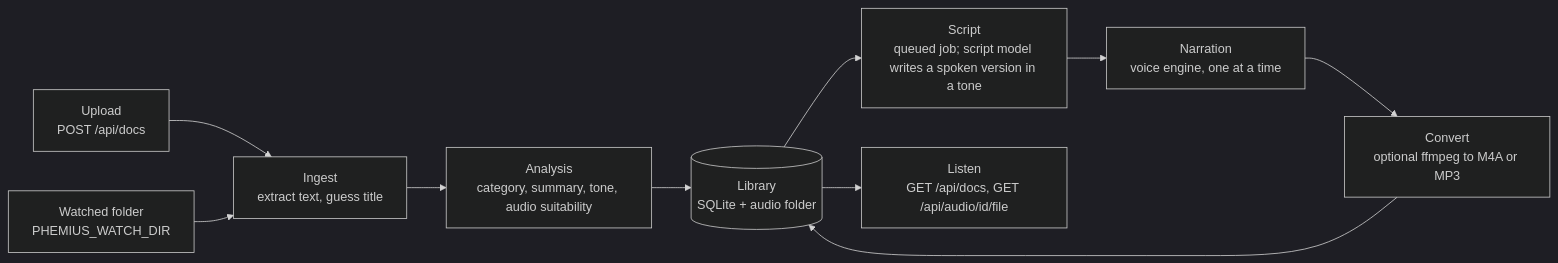
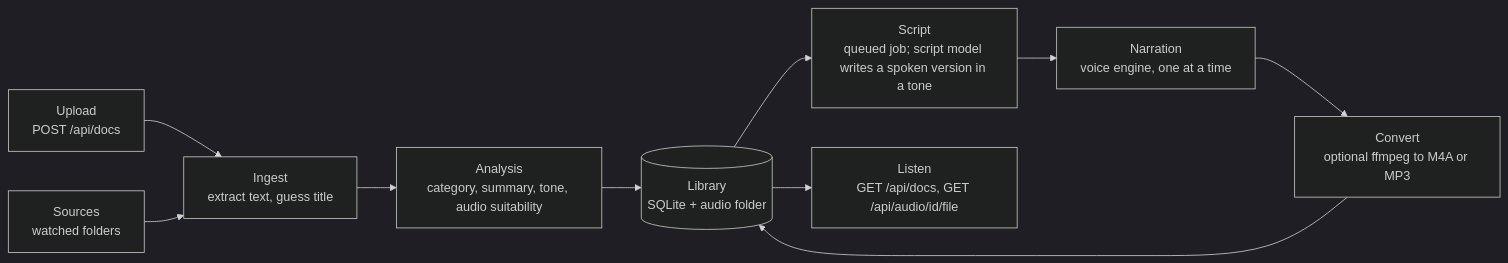
The diagram in docs/architecture.md (Ivangonz/phemius), drawn with Mermaid (dark theme) before and after one commit. The commit also changed other lines of this file and 22 other files, not shown here.

First line of the commit message:
[backend] Add sources with a Source interface and adopt the watched folder (#102)

````diff
--- a/docs/architecture.md
+++ b/docs/architecture.md
@@ -11,12 +11,12 @@
 ```mermaid
 flowchart LR
     upload["Upload<br/>POST /api/docs"] --> ingest
-    watch["Watched folder<br/>PHEMIUS_WATCH_DIR"] --> ingest
+    watch["Sources<br/>watched folders"] --> ingest
     ingest["Ingest<br/>extract text, guess title"] --> analysis
     analysis["Analysis<br/>category, summary, tone, audio suitability"] --> store[("Library<br/>SQLite + audio folder")]
     store --> script["Script<br/>queued job; script model writes a spoken version in a tone"]
     script --> narration["Narration<br/>voice engine, one at a time"]
     narration --> convert["Convert<br/>optional ffmpeg to M4A or MP3"]
     convert --> store
     store --> player["Listen<br/>GET /api/docs, GET /api/audio/id/file"]
 ```
````
